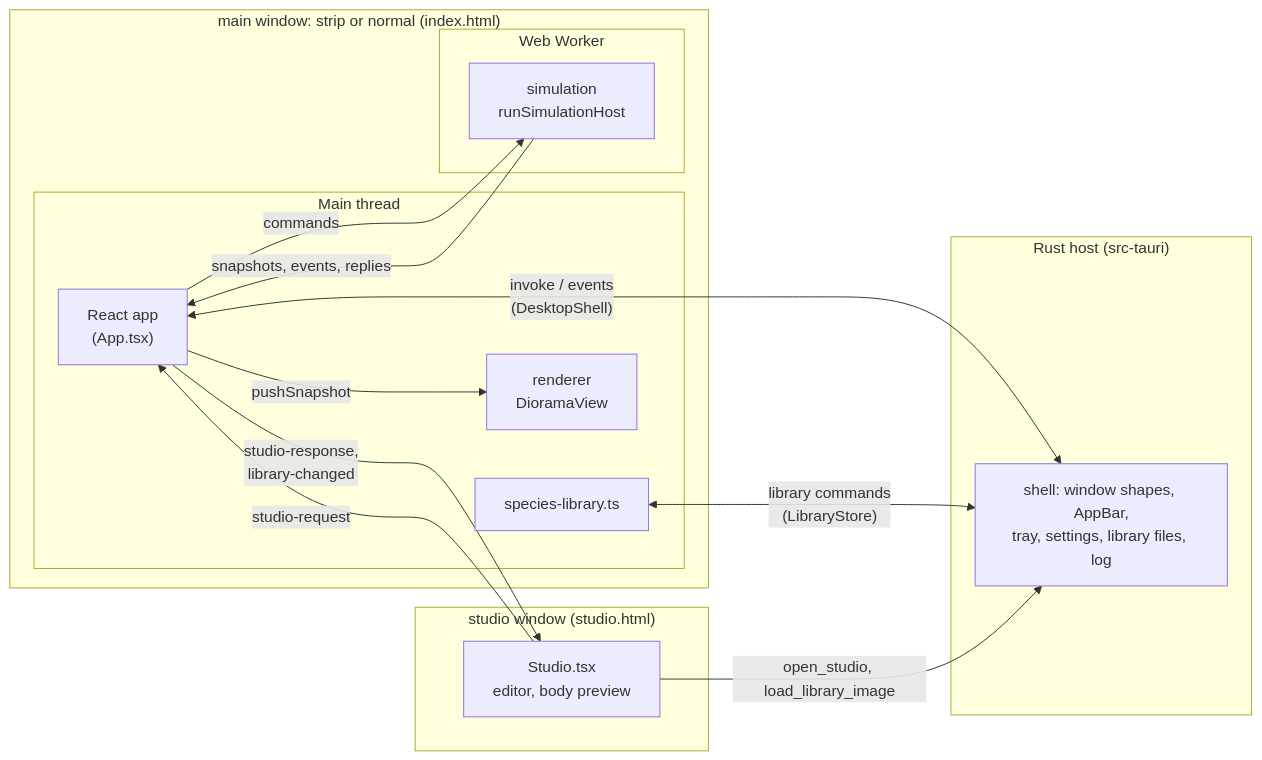
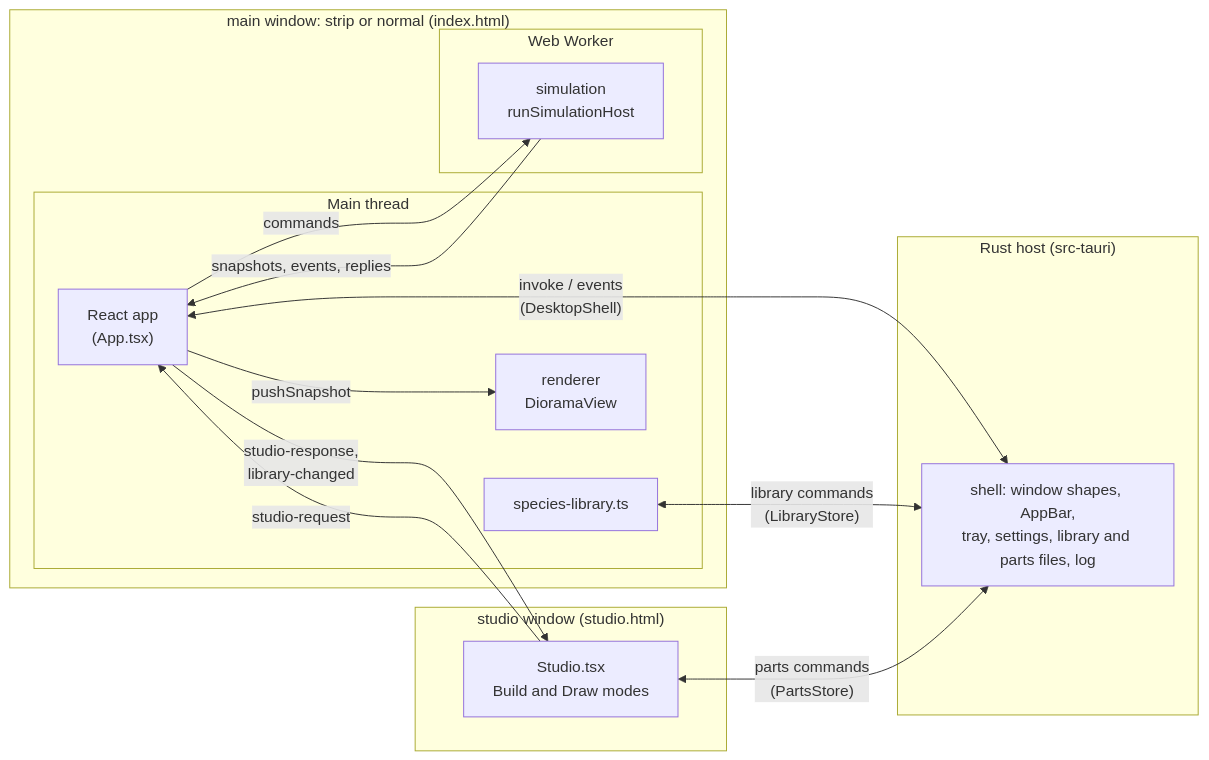
The second of 2 diagrams in docs/architecture.md (zhangwy324/living-diorama), drawn with Mermaid before and after one commit. The commit also changed other lines of this file and 10 other files, not shown here.

````diff
--- a/docs/architecture.md
+++ b/docs/architecture.md
@@ -47,28 +47,28 @@
 ```mermaid
 flowchart LR
   subgraph host["Rust host (src-tauri)"]
-    shell["shell: window shapes, AppBar,<br/>tray, settings, library files, log"]
+    shell["shell: window shapes, AppBar,<br/>tray, settings, library and parts files, log"]
   end
   subgraph mainwin["main window: strip or normal (index.html)"]
     subgraph mainthread["Main thread"]
       app["React app<br/>(App.tsx)"]
       library["species-library.ts"]
       view["renderer<br/>DioramaView"]
     end
     subgraph worker["Web Worker"]
       sim["simulation<br/>runSimulationHost"]
     end
   end
   subgraph studiowin["studio window (studio.html)"]
-    studio["Studio.tsx<br/>editor, body preview"]
+    studio["Studio.tsx<br/>Build and Draw modes"]
   end
 
   app <-- "invoke / events<br/>(DesktopShell)" --> shell
   library <-- "library commands<br/>(LibraryStore)" --> shell
   app -- "commands" --> sim
   sim -- "snapshots, events, replies" --> app
   app -- "pushSnapshot" --> view
   studio -- "studio-request" --> app
   app -- "studio-response,<br/>library-changed" --> studio
-  studio -- "open_studio, load_library_image" --> shell
+  studio <-- "parts commands<br/>(PartsStore)" --> shell
 ```
````
